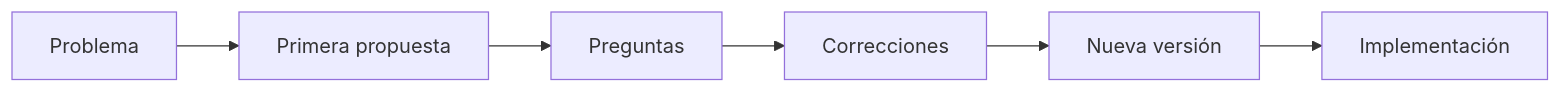
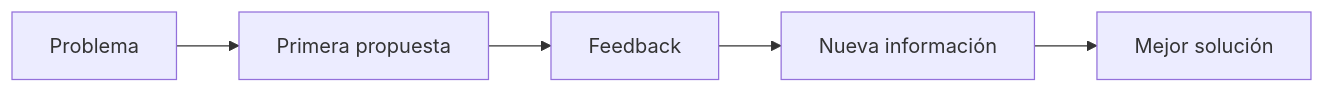
The diagram in docs/02-ai-assisted-development/03-prompt-engineering-profesional.mdx (lucasjaviluna/your-ai-champion-platform), drawn with Mermaid before and after one commit. The commit also changed other lines of this file, not shown here.

````diff
--- a/docs/02-ai-assisted-development/03-prompt-engineering-profesional.mdx
+++ b/docs/02-ai-assisted-development/03-prompt-engineering-profesional.mdx
@@ -310,16 +304,14 @@
 ```mermaid
 flowchart LR
 
 A["Problema"]
 
 --> B["Primera propuesta"]
 
---> C["Preguntas"]
+--> C["Feedback"]
 
---> D["Correcciones"]
+--> D["Nueva información"]
 
---> E["Nueva versión"]
-
---> F["Implementación"]
+--> E["Mejor solución"]
 
 ```
````
